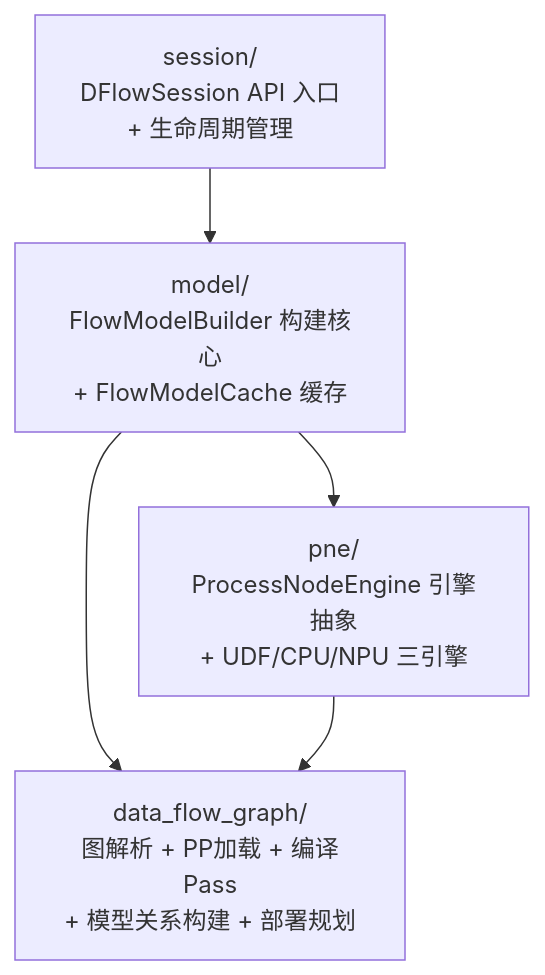
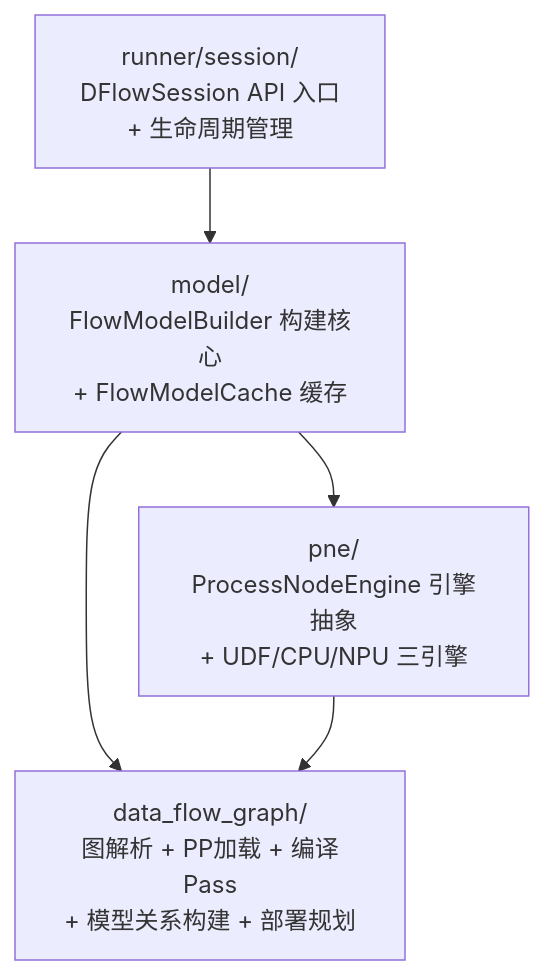
The third of 8 diagrams in docs/zh/design/modules/dflow/dflow.md (hicann/ge), drawn with Mermaid before and after one commit. The commit also changed other lines of this file and 1 other file, not shown here.

````diff
--- a/docs/zh/design/modules/dflow/dflow.md
+++ b/docs/zh/design/modules/dflow/dflow.md
@@ -278,7 +278,7 @@
 ```mermaid
 flowchart TD
-    A["session/<br/>DFlowSession API 入口<br/>+ 生命周期管理"] --> B["model/<br/>FlowModelBuilder 构建核心<br/>+ FlowModelCache 缓存"]
+    A["runner/session/<br/>DFlowSession API 入口<br/>+ 生命周期管理"] --> B["model/<br/>FlowModelBuilder 构建核心<br/>+ FlowModelCache 缓存"]
     B --> C["pne/<br/>ProcessNodeEngine 引擎抽象<br/>+ UDF/CPU/NPU 三引擎"]
     B --> D["data_flow_graph/<br/>图解析 + PP加载 + 编译Pass<br/>+ 模型关系构建 + 部署规划"]
     C --> D
 ```
````
